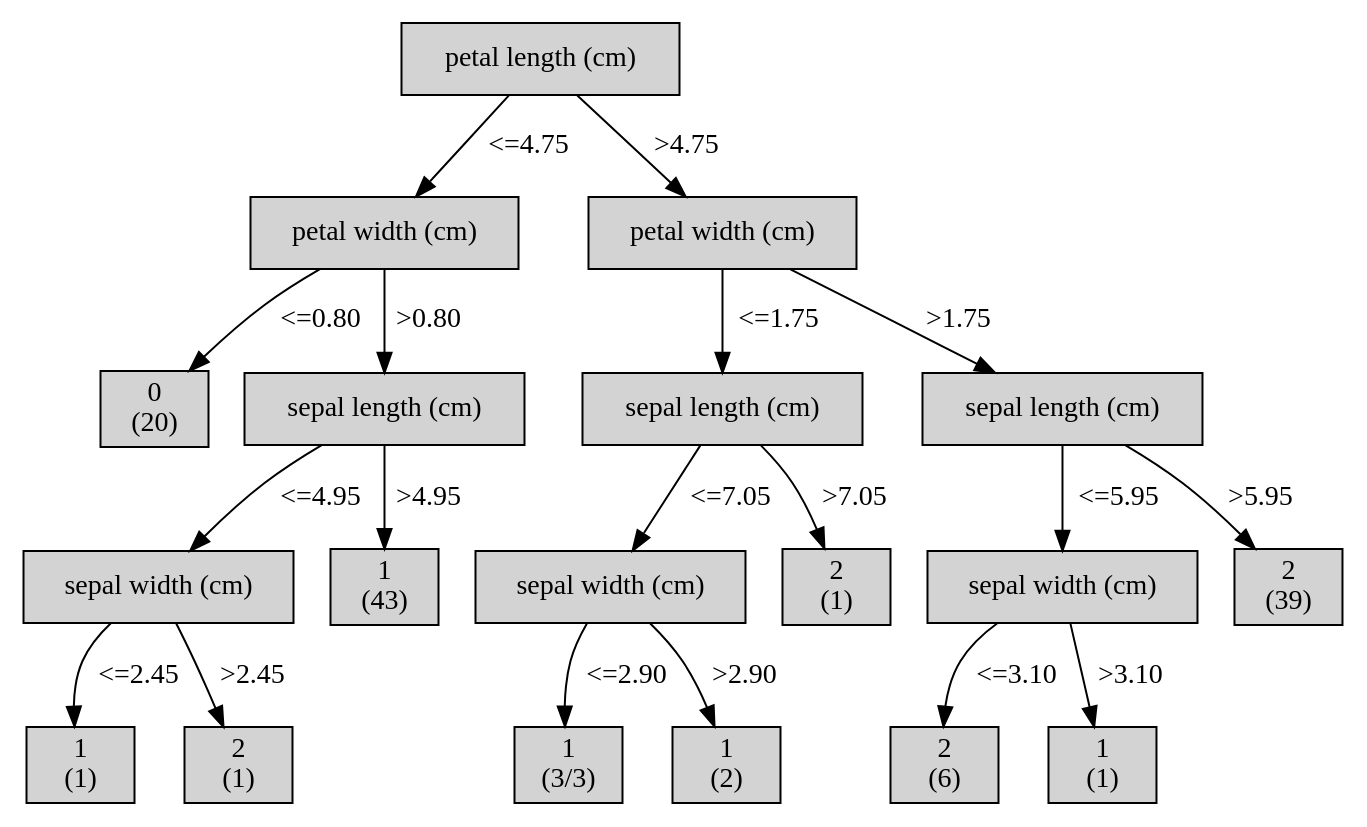
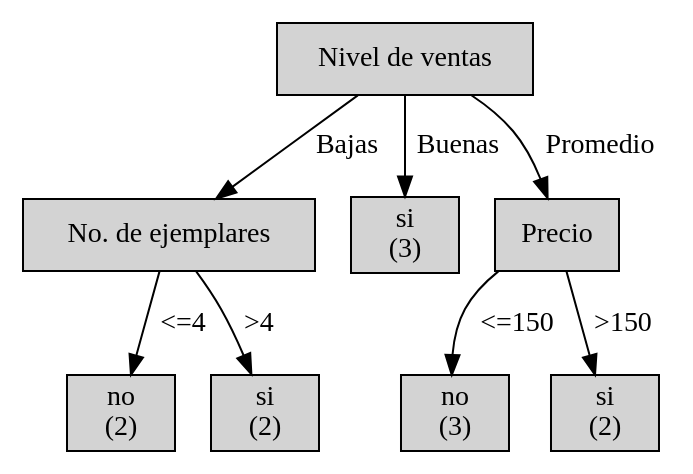
One commit to EnigmaK9/aprendizaje-maquina changed the diagram in ejercicio2/Source.gv. Above: the diagram before and after it, drawn with Graphviz. The commit also changed 23 other files, not shown here.

```diff
--- a/ejercicio2/Source.gv
+++ b/ejercicio2/Source.gv
@@ -1,73 +1,33 @@
 digraph ID3_Tree {
-"0" [shape=box, style=filled, label="petal length (cm)
+"0" [shape=box, style=filled, label="Nivel de ventas
 ", weight=1]
-"1" [shape=box, style=filled, label="petal width (cm)
+"1" [shape=box, style=filled, label="No. de ejemplares
 ", weight=2]
-0 -> 1 [ label = "<=4.75"];
-"2" [shape=box, style=filled, label="0
-(20)
+0 -> 1 [ label = "Bajas"];
+"2" [shape=box, style=filled, label="no
+(2)
 ", weight=3]
-1 -> 2 [ label = "<=0.80"];
-"3" [shape=box, style=filled, label="sepal length (cm)
+1 -> 2 [ label = "<=4"];
+"3" [shape=box, style=filled, label="si
+(2)
 ", weight=3]
-1 -> 3 [ label = ">0.80"];
-"4" [shape=box, style=filled, label="sepal width (cm)
-", weight=4]
-3 -> 4 [ label = "<=4.95"];
-"5" [shape=box, style=filled, label="1
-(1)
-", weight=5]
-4 -> 5 [ label = "<=2.45"];
-"6" [shape=box, style=filled, label="2
-(1)
-", weight=5]
-4 -> 6 [ label = ">2.45"];
-"7" [shape=box, style=filled, label="1
-(43)
-", weight=4]
-3 -> 7 [ label = ">4.95"];
-"8" [shape=box, style=filled, label="petal width (cm)
+1 -> 3 [ label = ">4"];
+"4" [shape=box, style=filled, label="si
+(3)
 ", weight=2]
-0 -> 8 [ label = ">4.75"];
-"9" [shape=box, style=filled, label="sepal length (cm)
+0 -> 4 [ label = "Buenas"];
+"5" [shape=box, style=filled, label="Precio
+", weight=2]
+0 -> 5 [ label = "Promedio"];
+"6" [shape=box, style=filled, label="no
+(3)
 ", weight=3]
-8 -> 9 [ label = "<=1.75"];
-"10" [shape=box, style=filled, label="sepal width (cm)
-", weight=4]
-9 -> 10 [ label = "<=7.05"];
-"11" [shape=box, style=filled, label="1
-(3/3)
-", weight=5]
-10 -> 11 [ label = "<=2.90"];
-"12" [shape=box, style=filled, label="1
+5 -> 6 [ label = "<=150"];
+"7" [shape=box, style=filled, label="si
 (2)
-", weight=5]
-10 -> 12 [ label = ">2.90"];
-"13" [shape=box, style=filled, label="2
-(1)
-", weight=4]
-9 -> 13 [ label = ">7.05"];
-"14" [shape=box, style=filled, label="sepal length (cm)
 ", weight=3]
-8 -> 14 [ label = ">1.75"];
-"15" [shape=box, style=filled, label="sepal width (cm)
-", weight=4]
-14 -> 15 [ label = "<=5.95"];
-"16" [shape=box, style=filled, label="2
-(6)
-", weight=5]
-15 -> 16 [ label = "<=3.10"];
-"17" [shape=box, style=filled, label="1
-(1)
-", weight=5]
-15 -> 17 [ label = ">3.10"];
-"18" [shape=box, style=filled, label="2
-(39)
-", weight=4]
-14 -> 18 [ label = ">5.95"];
+5 -> 7 [ label = ">150"];
 {rank=same; 0;};
-{rank=same; 1;8;};
-{rank=same; 2;3;9;14;};
-{rank=same; 4;7;10;13;15;18;};
-{rank=same; 5;6;11;12;16;17;};
+{rank=same; 1;4;5;};
+{rank=same; 2;3;6;7;};
 }
```
